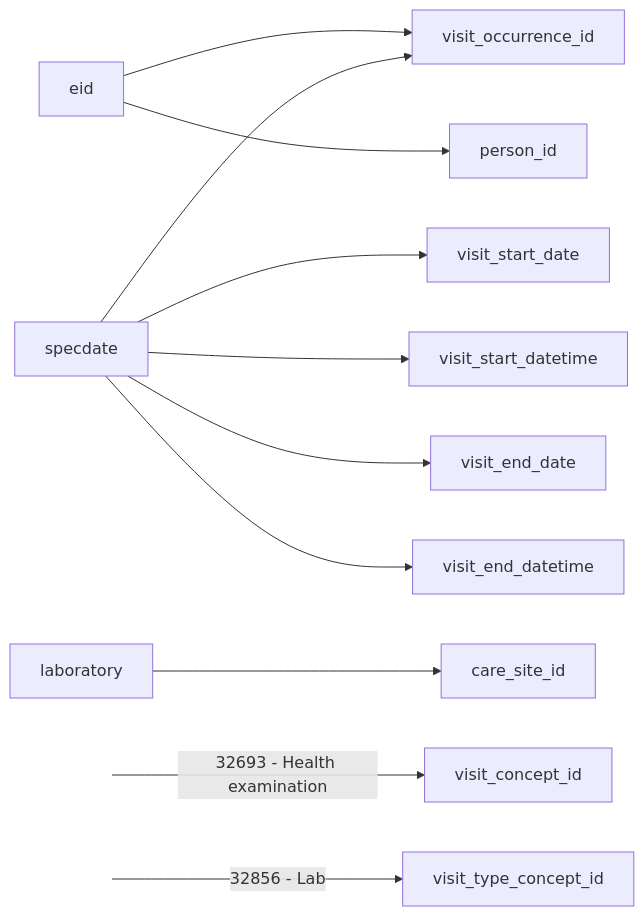
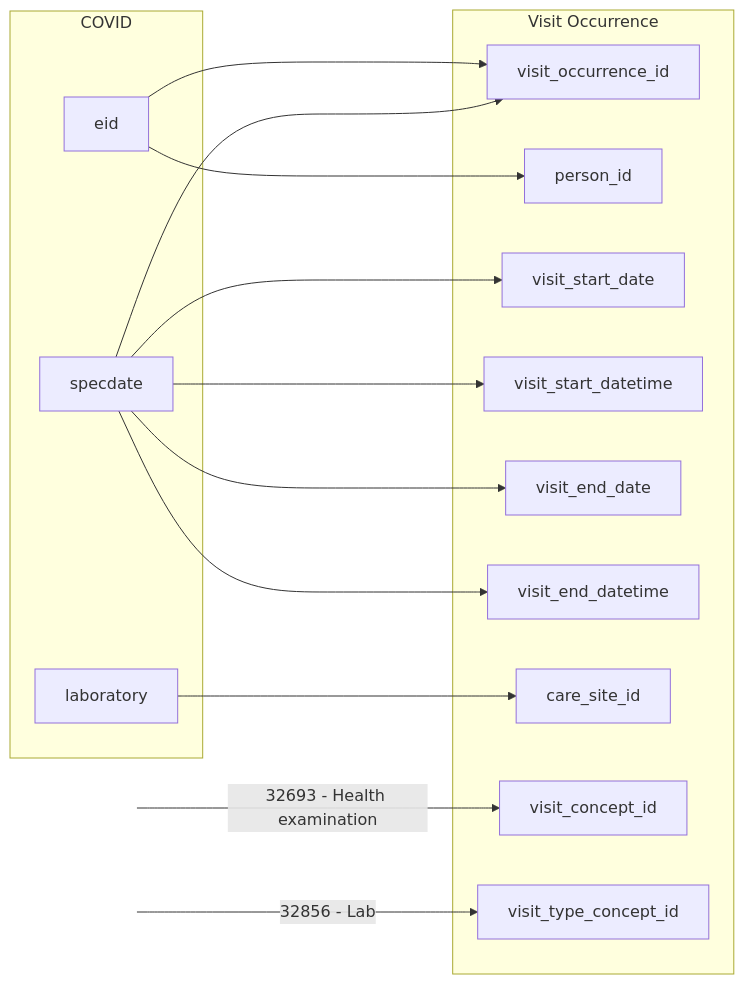
Before and after one commit to EHDEN/ETL-UK-Biobank: the diagram in docs/covid_to_visit_occurrence.md, drawn with Mermaid.

Commit message:
Update covid_to_visit_occurrence.md
Add subgraph for source and target table

````diff
--- a/docs/covid_to_visit_occurrence.md
+++ b/docs/covid_to_visit_occurrence.md
@@ -16,16 +16,33 @@
 ```mermaid
 flowchart LR
     eid --> visit_occurrence_id
     eid --> person_id
     specdate --> visit_occurrence_id
     specdate --> visit_start_date
     specdate --> visit_start_datetime
     specdate --> visit_end_date
     specdate --> visit_end_datetime
     laboratory --> care_site_id
     S1[ ] -->|32693 - Health examination| visit_concept_id
     S2[ ] -->|32856 - Lab| visit_type_concept_id
     
+    subgraph COVID
+        eid
+        specdate
+        laboratory
+    end
+    subgraph Visit Occurrence
+        visit_occurrence_id
+        person_id
+        visit_start_date
+        visit_start_datetime
+        visit_end_date
+        visit_end_datetime
+        care_site_id
+        visit_concept_id
+        visit_type_concept_id
+    end
+    
     style S1 fill:#FFFFFF, stroke:#FFFFFF;
     style S2  fill:#FFFFFF, stroke:#FFFFFF;
 ```
````
